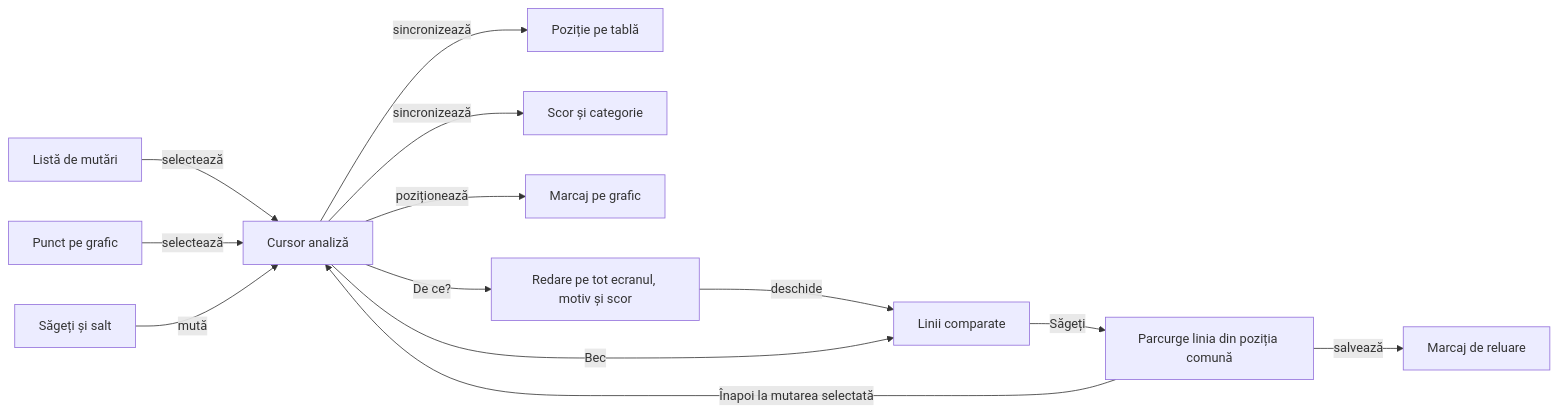
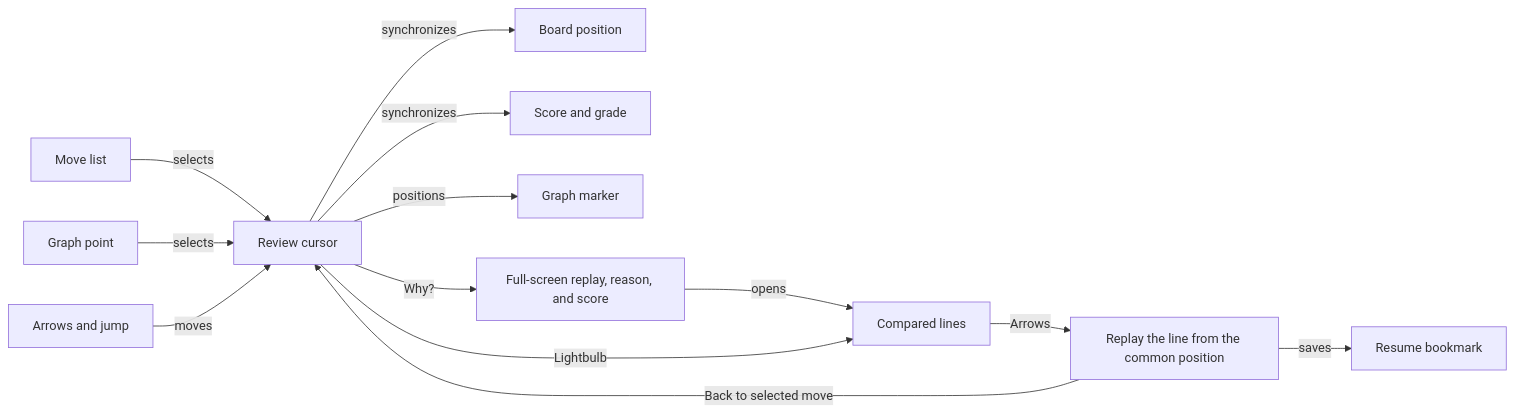
The fourth of 4 diagrams in docs/board/game-review.md (crististefanita/atf_j7), drawn with Mermaid before and after one commit. The commit also changed other lines of this file and 30 other files, not shown here.

````diff
--- a/docs/board/game-review.md
+++ b/docs/board/game-review.md
@@ -143,15 +143,15 @@
 ```mermaid
 flowchart LR
-    L["Listă de mutări"] -->|selectează| C["Cursor analiză"]
-    G["Punct pe grafic"] -->|selectează| C
-    N["Săgeți și salt"] -->|mută| C
-    C -->|sincronizează| B["Poziție pe tablă"]
-    C -->|sincronizează| S["Scor și categorie"]
-    C -->|poziționează| M["Marcaj pe grafic"]
-    C -->|"De ce?"| E["Redare pe tot ecranul, motiv și scor"]
-    E -->|deschide| R["Linii comparate"]
-    C -->|"Bec"| R
-    R -->|"Săgeți"| P["Parcurge linia din poziția comună"]
-    P -->|"Înapoi la mutarea selectată"| C
-    P -->|salvează| A["Marcaj de reluare"]
+    L["Move list"] -->|selects| C["Review cursor"]
+    G["Graph point"] -->|selects| C
+    N["Arrows and jump"] -->|moves| C
+    C -->|synchronizes| B["Board position"]
+    C -->|synchronizes| S["Score and grade"]
+    C -->|positions| M["Graph marker"]
+    C -->|"Why?"| E["Full-screen replay, reason, and score"]
+    E -->|opens| R["Compared lines"]
+    C -->|"Lightbulb"| R
+    R -->|"Arrows"| P["Replay the line from the common position"]
+    P -->|"Back to selected move"| C
+    P -->|saves| A["Resume bookmark"]
 ```
````
